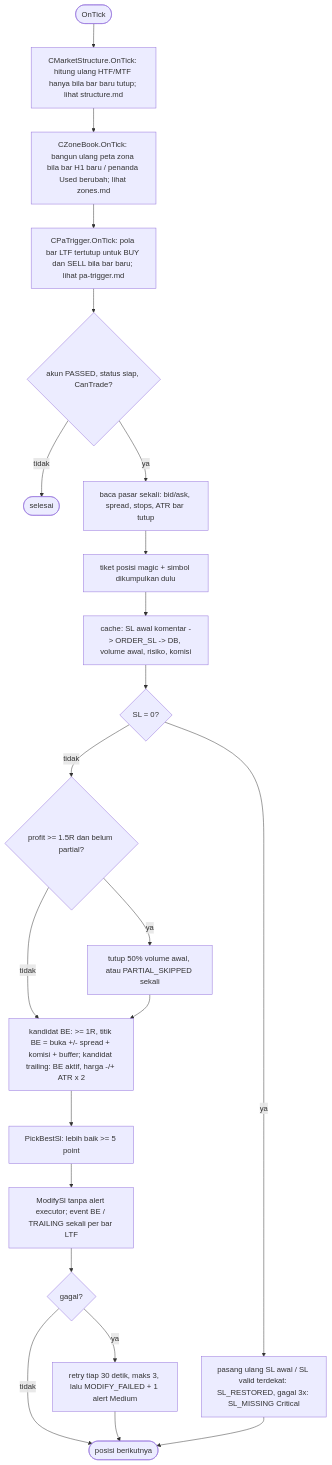
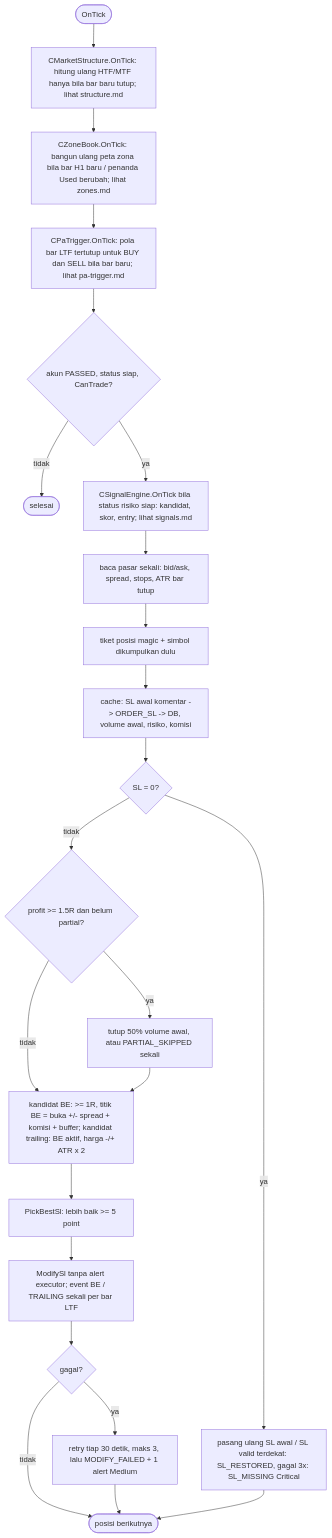
Before and after one commit to ndra969/trading-bot: the diagram in sdbot/docs/flows/tick.md, drawn with Mermaid. The commit also changed other lines of this file and 87 other files, not shown here.

````diff
--- a/sdbot/docs/flows/tick.md
+++ b/sdbot/docs/flows/tick.md
@@ -3,24 +3,25 @@
 ```mermaid
 flowchart TB
     T([OnTick]) --> AN[CMarketStructure.OnTick: hitung ulang HTF/MTF hanya bila bar baru tutup; lihat structure.md]
     AN --> ZN[CZoneBook.OnTick: bangun ulang peta zona bila bar H1 baru / penanda Used berubah; lihat zones.md]
     ZN --> PA[CPaTrigger.OnTick: pola bar LTF tertutup untuk BUY dan SELL bila bar baru; lihat pa-trigger.md]
     PA --> G{akun PASSED, status siap, CanTrade?}
     G -->|tidak| Z([selesai])
-    G -->|ya| M[baca pasar sekali: bid/ask, spread, stops, ATR bar tutup]
+    G -->|ya| SG[CSignalEngine.OnTick bila status risiko siap: kandidat, skor, entry; lihat signals.md]
+    SG --> M[baca pasar sekali: bid/ask, spread, stops, ATR bar tutup]
     M --> L[tiket posisi magic + simbol dikumpulkan dulu]
     L --> C[cache: SL awal komentar -> ORDER_SL -> DB, volume awal, risiko, komisi]
     C --> S0{SL = 0?}
     S0 -->|ya| RS[pasang ulang SL awal / SL valid terdekat: SL_RESTORED, gagal 3x: SL_MISSING Critical]
     S0 -->|tidak| P{profit >= 1.5R dan belum partial?}
     P -->|ya| PC[tutup 50% volume awal, atau PARTIAL_SKIPPED sekali]
     P -->|tidak| SL
     PC --> SL[kandidat BE: >= 1R, titik BE = buka +/- spread + komisi + buffer; kandidat trailing: BE aktif, harga -/+ ATR x 2]
     SL --> B[PickBestSl: lebih baik >= 5 point]
     B --> MO[ModifySl tanpa alert executor; event BE / TRAILING sekali per bar LTF]
     MO --> F{gagal?}
     F -->|ya| RT[retry tiap 30 detik, maks 3, lalu MODIFY_FAILED + 1 alert Medium]
     F -->|tidak| N([posisi berikutnya])
     RT --> N
     RS --> N
 ```
````
